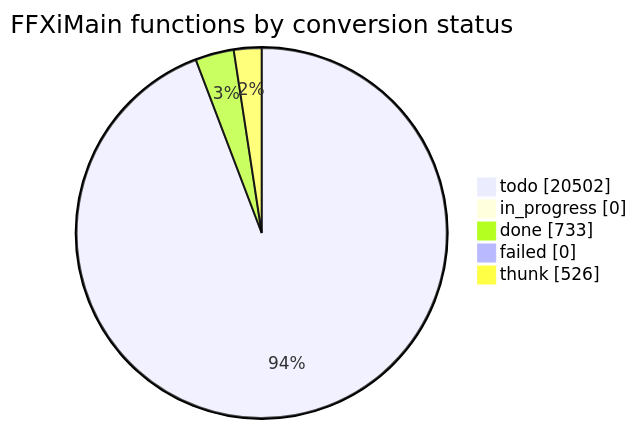
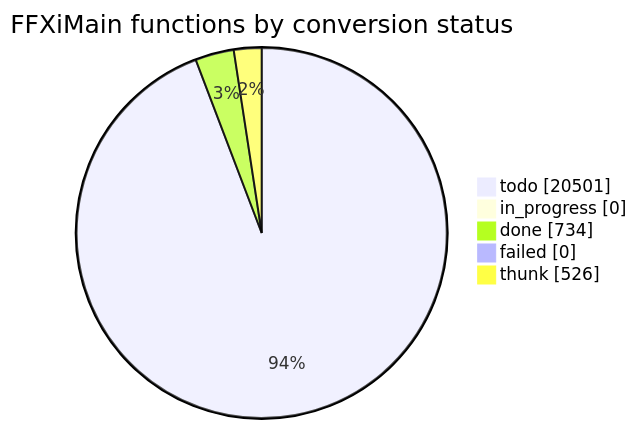
The diagram in docs/cow/STATUS.md (cowrevenge/cow_kuluu_xi_anything), drawn with Mermaid before and after one commit. The commit also changed other lines of this file and 9 other files, not shown here.

````diff
--- a/docs/cow/STATUS.md
+++ b/docs/cow/STATUS.md
@@ -18,9 +18,9 @@
 ```mermaid
 pie showData
     title FFXiMain functions by conversion status
-    "todo" : 20502
+    "todo" : 20501
     "in_progress" : 0
-    "done" : 733
+    "done" : 734
     "failed" : 0
     "thunk" : 526
 ```
````
